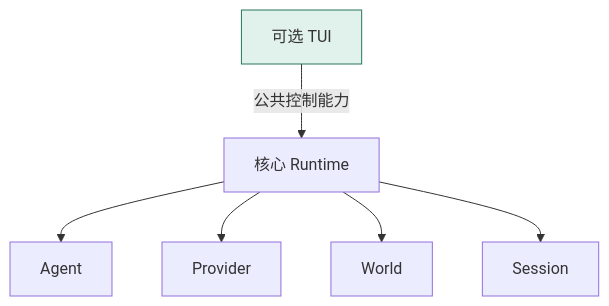
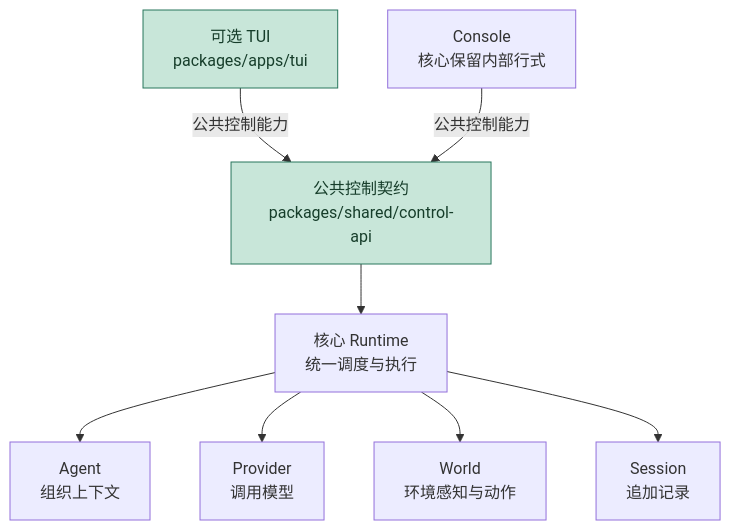
Before and after one commit to 13776578253-glitch/1002bot: the first of 5 diagrams in docs/2026-10-08-M3.1进度与架构图.md, drawn with Mermaid. The commit also changed other lines of this file and 3 other files, not shown here.

First line of the commit message:
docs: align overview diagrams across M2.1 M3.0 and M3.1

````diff
--- a/docs/2026-10-08-M3.1进度与架构图.md
+++ b/docs/2026-10-08-M3.1进度与架构图.md
@@ -19,9 +19,12 @@
 ```mermaid
 flowchart TB
-  C[可选 TUI] -->|公共控制能力| R[核心 Runtime]
-  R --> A[Agent]
-  R --> P[Provider]
-  R --> W[World]
-  R --> S[Session]
-  style C fill:#e0f2eb,stroke:#28765c
+  T[可选 TUI<br/>packages/apps/tui] -->|公共控制能力| API[公共控制契约<br/>packages/shared/control-api]
+  C[Console<br/>核心保留内部行式] -->|公共控制能力| API
+  API --> R[核心 Runtime<br/>统一调度与执行]
+  R --> A[Agent<br/>组织上下文]
+  R --> P[Provider<br/>调用模型]
+  R --> W[World<br/>环境感知与动作]
+  R --> S[Session<br/>追加记录]
+  classDef added fill:#c8e6d9,stroke:#28765c,color:#163d2a;
+  class T,API added;
 ```
````
